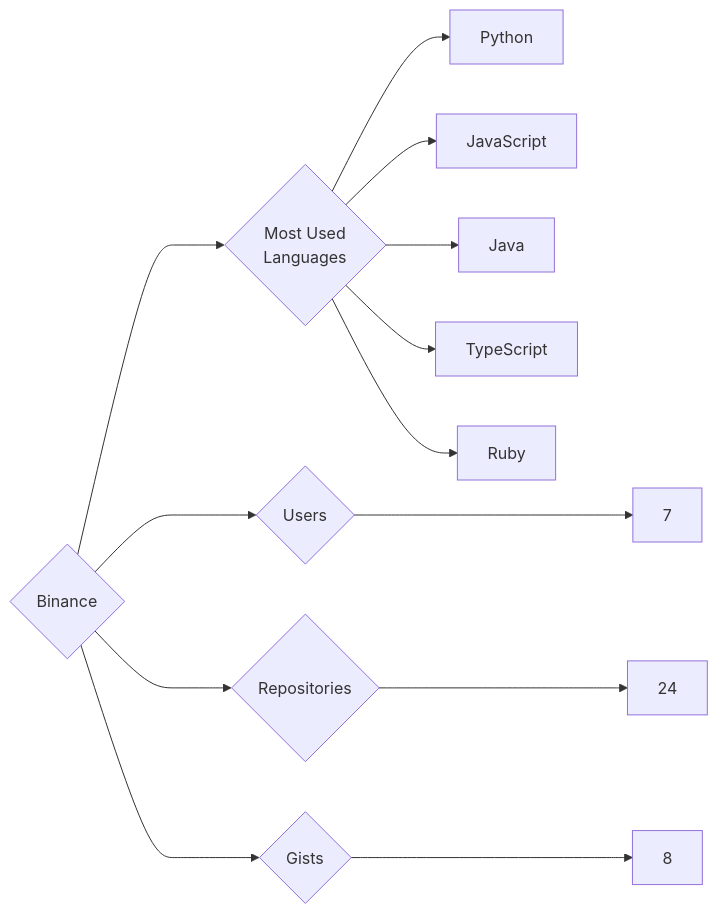
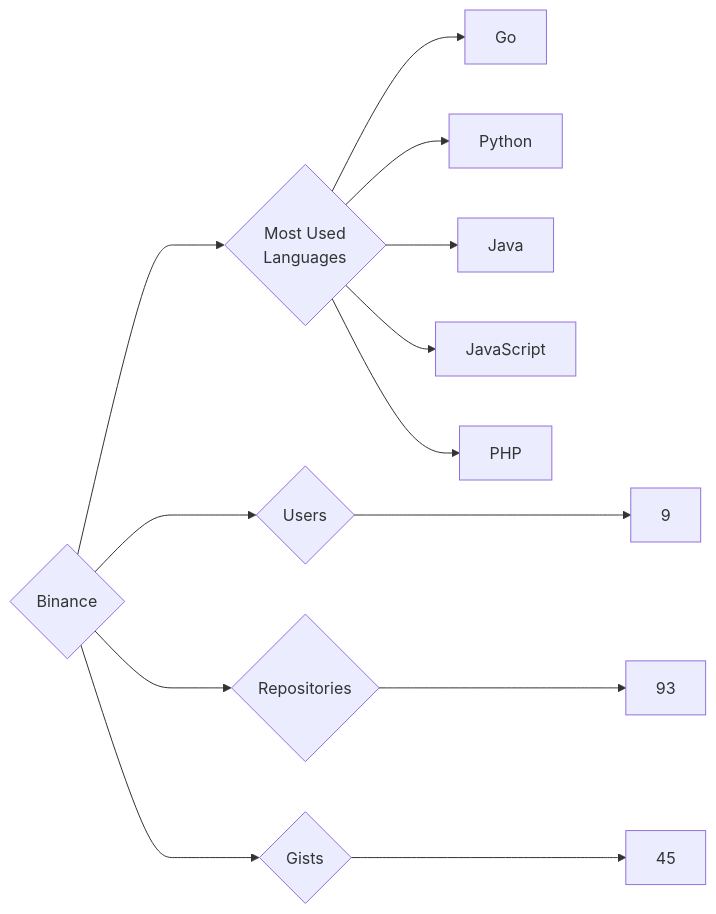
One commit to trickest/insiders changed the diagram in targets/Binance/README.md. Above: the diagram before and after it, drawn with Mermaid. The commit also changed 1175 other files, not shown here.

````diff
--- a/targets/Binance/README.md
+++ b/targets/Binance/README.md
@@ -3,13 +3,13 @@
 ```mermaid
 graph LR
 COMPANY_NAME{Binance}
-COMPANY_NAME ---> U{Users} ---> UN[7]
-COMPANY_NAME ---> R{Repositories} ---> RN[24]
-COMPANY_NAME ---> G{Gists} ---> GN[8]
+COMPANY_NAME ---> U{Users} ---> UN[9]
+COMPANY_NAME ---> R{Repositories} ---> RN[93]
+COMPANY_NAME ---> G{Gists} ---> GN[45]
 COMPANY_NAME ---> ML{Most Used<br>Languages}
+ML --> Go[Go]
 ML --> Python[Python]
+ML --> Java[Java]
 ML --> JavaScript[JavaScript]
-ML --> Java[Java]
-ML --> TypeScript[TypeScript]
-ML --> Ruby[Ruby]
+ML --> PHP[PHP]
 ```
````
